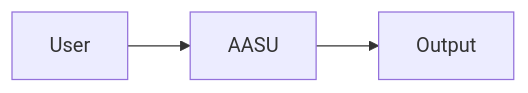
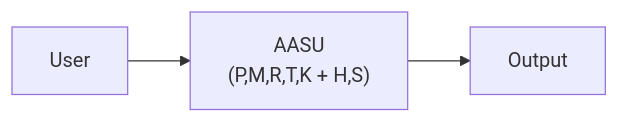
Before and after one commit to SAISec/AASU: the second of 5 diagrams in docs/whitepapers/AASU_White_Paper_Publish_Ready_v1_2.md, drawn with Mermaid. The commit also changed other lines of this file and 20 other files, not shown here.

````diff
--- a/docs/whitepapers/AASU_White_Paper_Publish_Ready_v1_2.md
+++ b/docs/whitepapers/AASU_White_Paper_Publish_Ready_v1_2.md
@@ -74,5 +76,5 @@
 ``` mermaid
 flowchart LR
-    User --> AASU
+    User --> AASU["AASU<br/>(P,M,R,T,K + H,S)"]
     AASU --> Output
 ```
````
